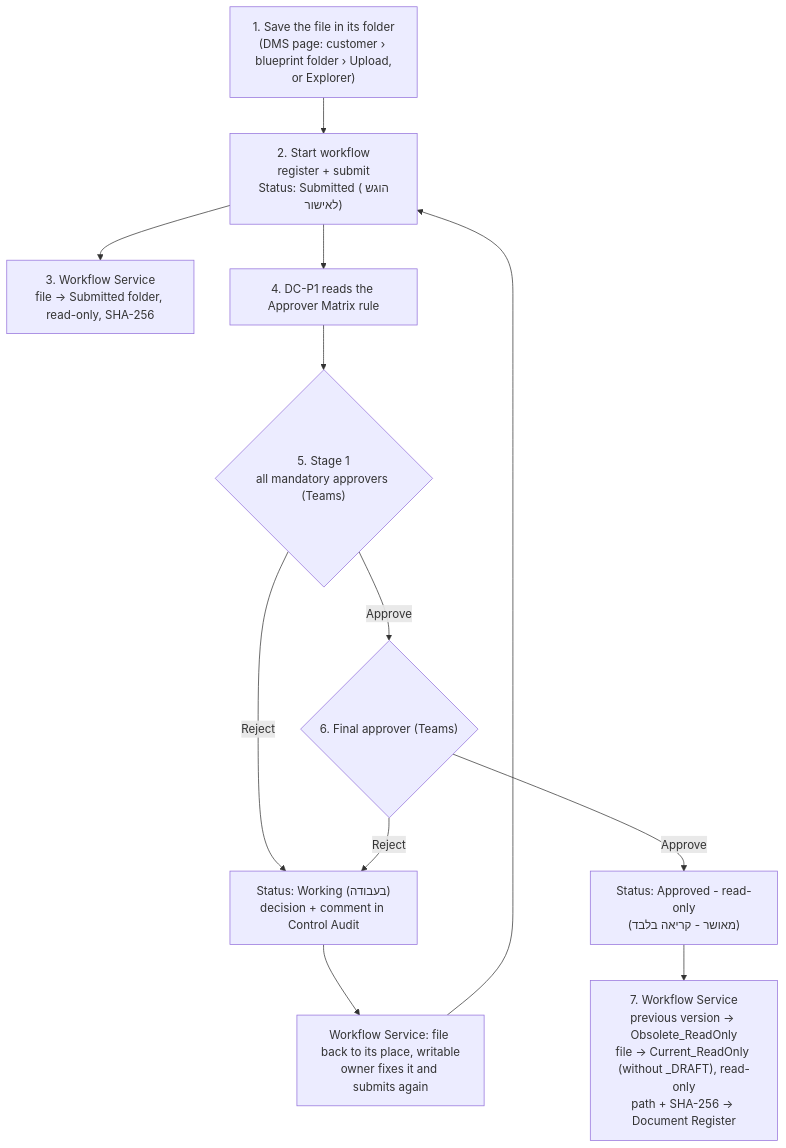
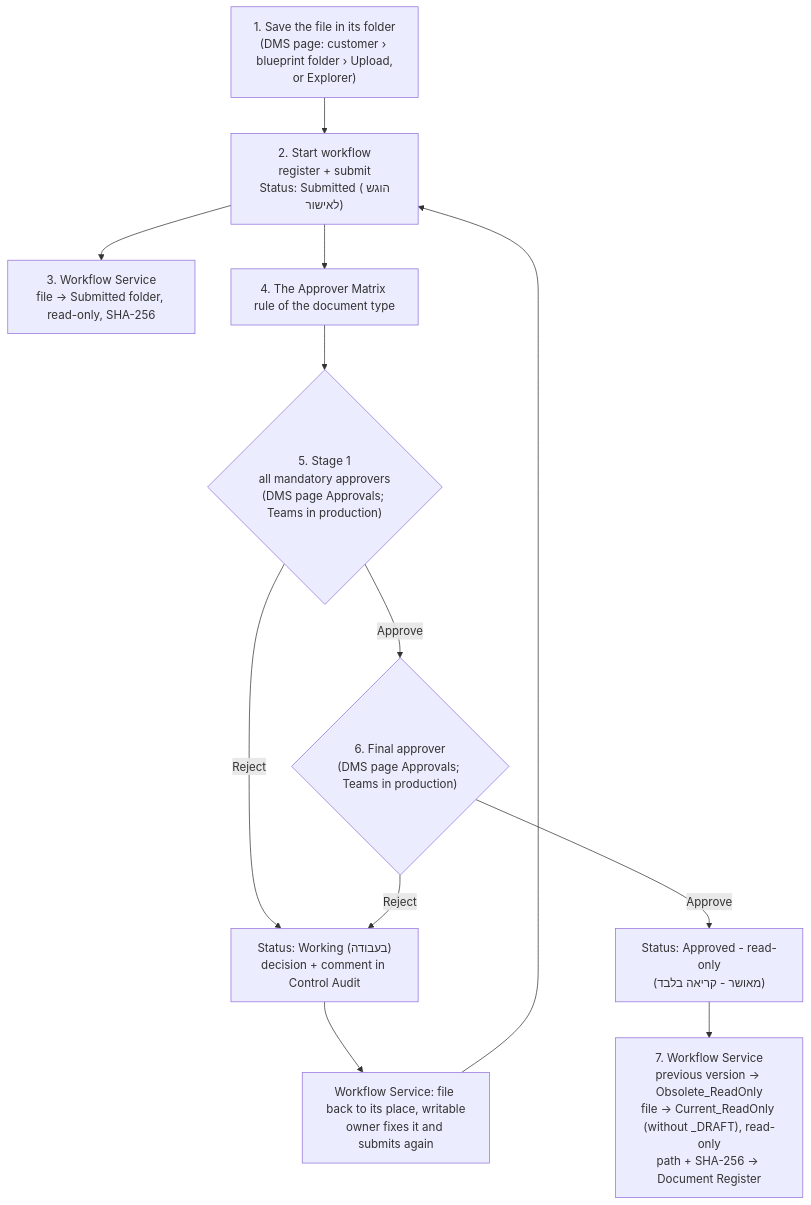
Before and after one commit to ovadir2/DMS: the diagram in docs/08-Pilot-Process.md, drawn with Mermaid. The commit also changed other lines of this file and 11 other files, not shown here.

First line of the commit message:
Pilot: approvals on the DMS page, end-to-end flow picture and slides

````diff
--- a/docs/08-Pilot-Process.md
+++ b/docs/08-Pilot-Process.md
@@ -23,14 +27,14 @@
 ```mermaid
 flowchart TB
     A["1. Save the file in its folder<br/>(DMS page: customer › blueprint folder › Upload,<br/>or Explorer)"] --> B["2. Start workflow<br/>register + submit<br/>Status: Submitted (הוגש לאישור)"]
     B --> C["3. Workflow Service<br/>file → Submitted folder, read-only, SHA-256"]
-    B --> D["4. DC-P1 reads the Approver Matrix rule"]
-    D --> E{"5. Stage 1<br/>all mandatory approvers (Teams)"}
-    E -- Approve --> F{"6. Final approver (Teams)"}
+    B --> D["4. The Approver Matrix rule of the document type"]
+    D --> E{"5. Stage 1<br/>all mandatory approvers<br/>(DMS page Approvals; Teams in production)"}
+    E -- Approve --> F{"6. Final approver<br/>(DMS page Approvals; Teams in production)"}
     E -- Reject --> R["Status: Working (בעבודה)<br/>decision + comment in Control Audit"]
     F -- Reject --> R
     F -- Approve --> G["Status: Approved - read-only<br/>(מאושר - קריאה בלבד)"]
     G --> H["7. Workflow Service<br/>previous version → Obsolete_ReadOnly<br/>file → Current_ReadOnly (without _DRAFT), read-only<br/>path + SHA-256 → Document Register"]
     R --> S["Workflow Service: file back to its place, writable<br/>owner fixes it and submits again"]
     S --> B
 ```
````
